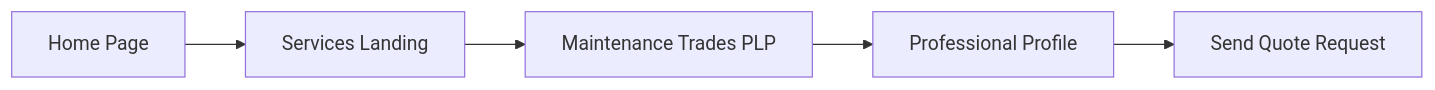
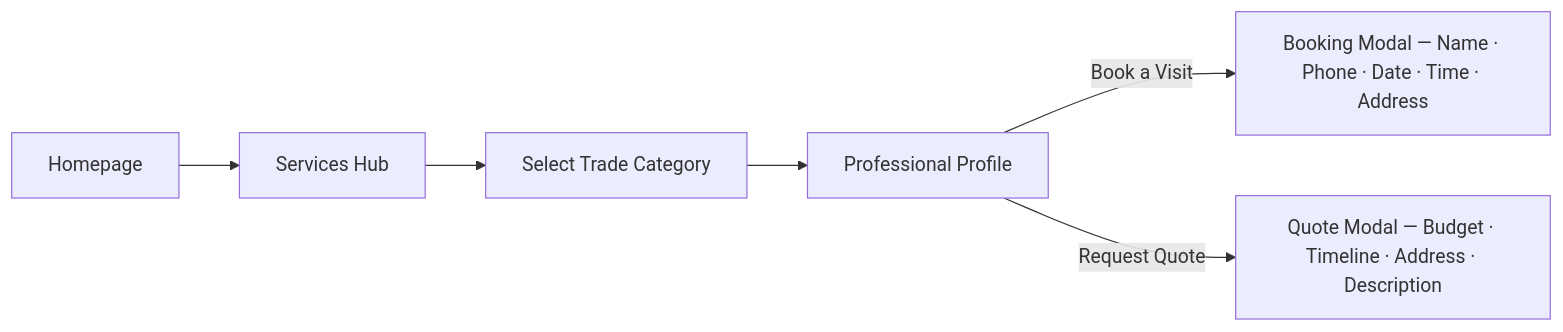
Before and after one commit to Abhijeetm96/Arcus-B2B: the third of 7 diagrams in README.md, drawn with Mermaid. The commit also changed other lines of this file, not shown here.

Commit message:
docs: update README.md to reflect Phase 5 architecture - v2.0.0

````diff
--- a/README.md
+++ b/README.md
@@ -163,7 +154,8 @@
 ```mermaid
 graph LR
-    A[Home Page] --> B[Services Landing]
-    B --> C[Maintenance Trades PLP]
+    A[Homepage] --> B[Services Hub]
+    B --> C[Select Trade Category]
     C --> D[Professional Profile]
-    D --> E[Send Quote Request]
+    D -->|"Book a Visit"| E[Booking Modal — Name · Phone · Date · Time · Address]
+    D -->|"Request Quote"| F[Quote Modal — Budget · Timeline · Address · Description]
 ```
````
